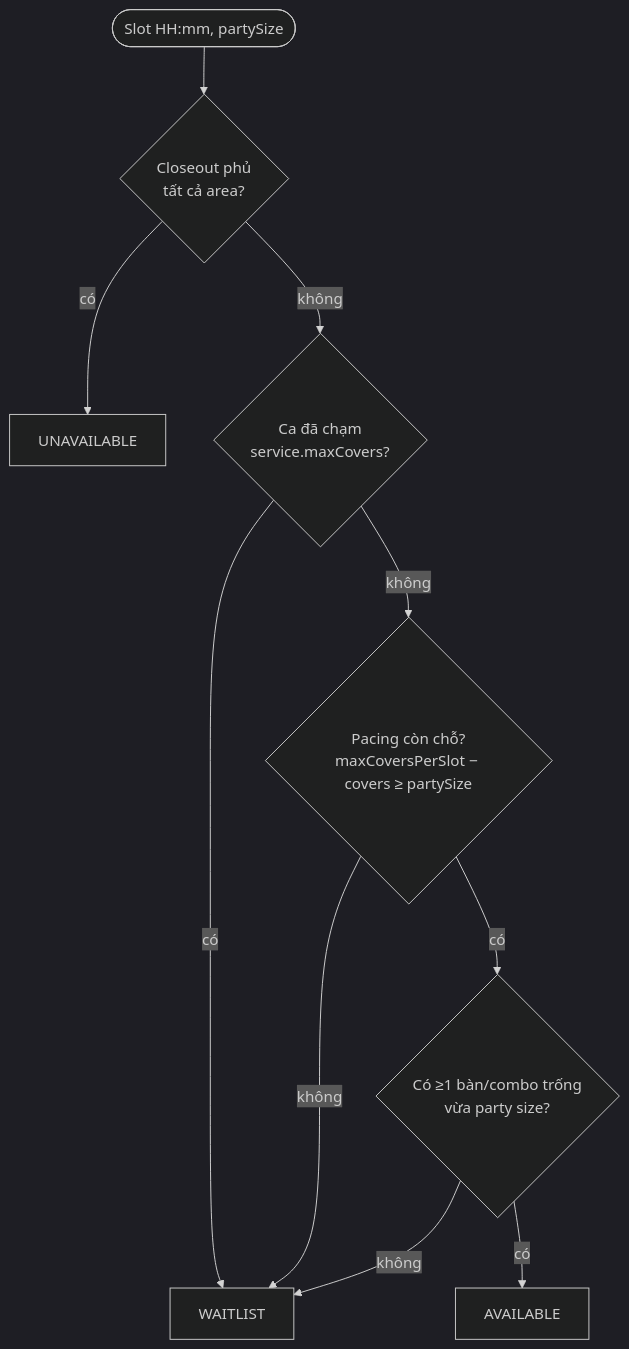
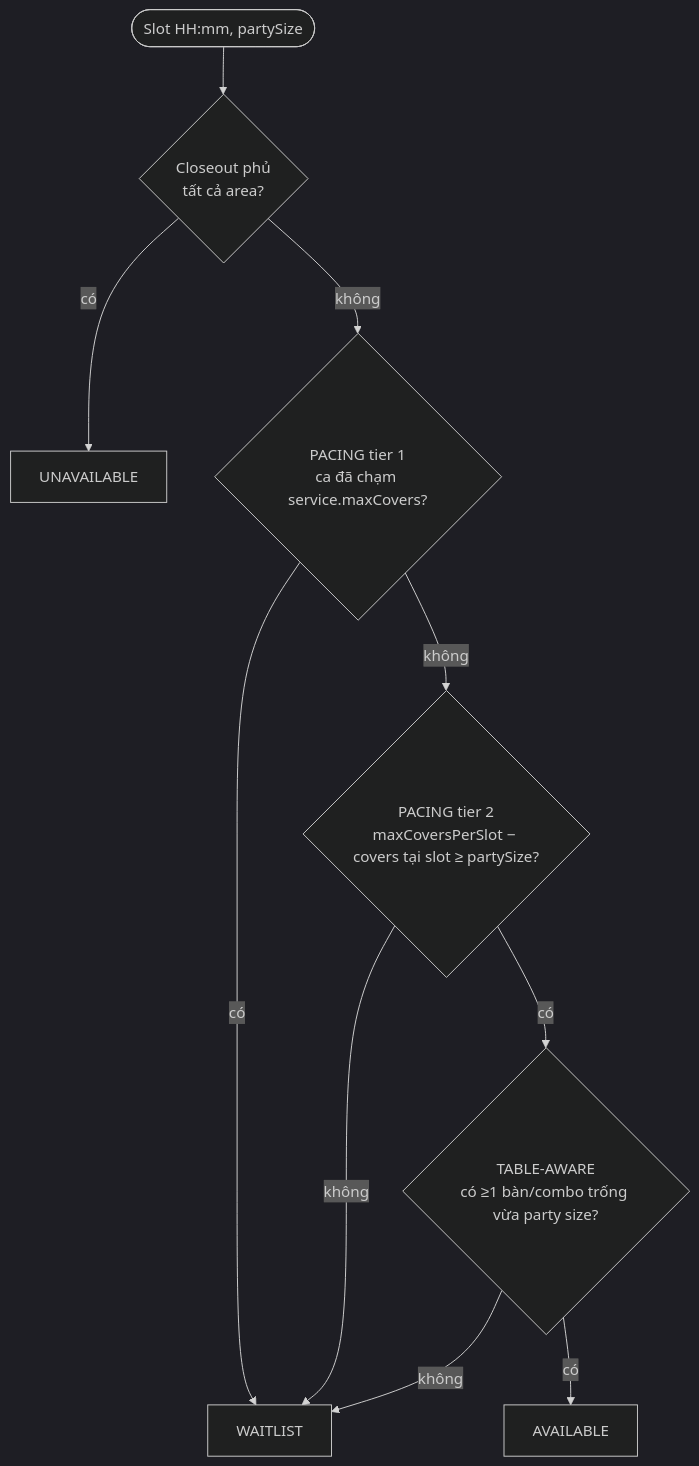
One commit to hoangb0410/project-docs changed the fourth of 6 diagrams in AVAILABILITY-ALLOCATOR-OVERVIEW.md. Above: the diagram before and after it, drawn with Mermaid (dark theme). The commit also changed other lines of this file, not shown here.

````diff
--- a/AVAILABILITY-ALLOCATOR-OVERVIEW.md
+++ b/AVAILABILITY-ALLOCATOR-OVERVIEW.md
@@ -137,12 +369,12 @@
 ```mermaid
 flowchart TD
     START(["Slot HH:mm, partySize"]) --> C1{"Closeout phủ<br/>tất cả area?"}
     C1 -- "có" --> UN["UNAVAILABLE"]
-    C1 -- "không" --> C2{"Ca đã chạm<br/>service.maxCovers?"}
+    C1 -- "không" --> C2{"PACING tier 1<br/>ca đã chạm service.maxCovers?"}
     C2 -- "có" --> WL["WAITLIST"]
-    C2 -- "không" --> C3{"Pacing còn chỗ?<br/>maxCoversPerSlot − covers ≥ partySize"}
+    C2 -- "không" --> C3{"PACING tier 2<br/>maxCoversPerSlot − covers tại slot ≥ partySize?"}
     C3 -- "không" --> WL
-    C3 -- "có" --> C4{"Có ≥1 bàn/combo trống<br/>vừa party size?"}
+    C3 -- "có" --> C4{"TABLE-AWARE<br/>có ≥1 bàn/combo trống vừa party size?"}
     C4 -- "không" --> WL
     C4 -- "có" --> AV["AVAILABLE"]
 ```
````
